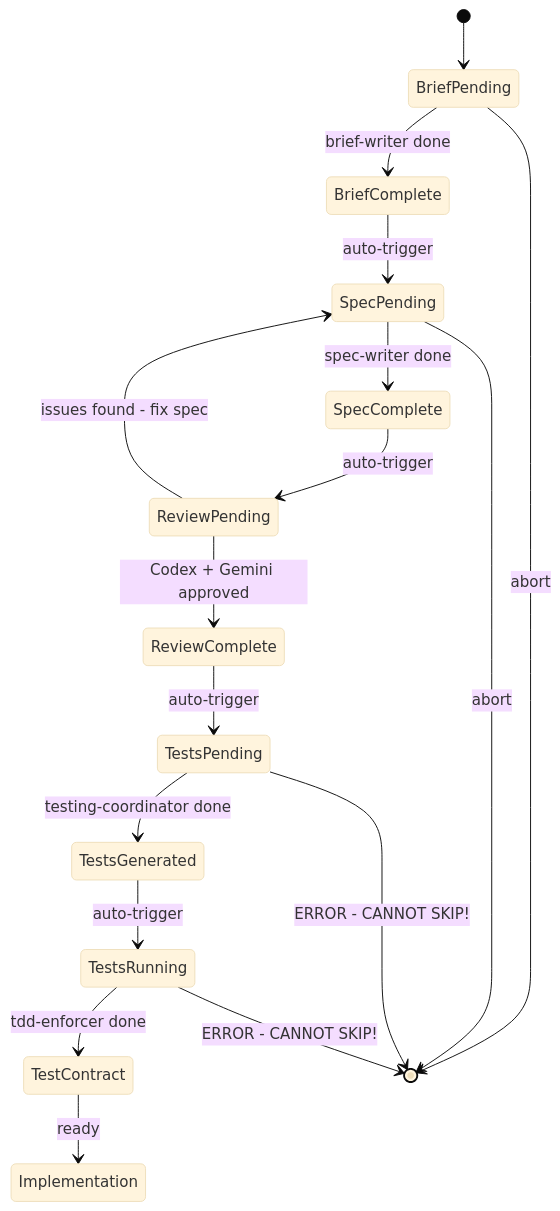
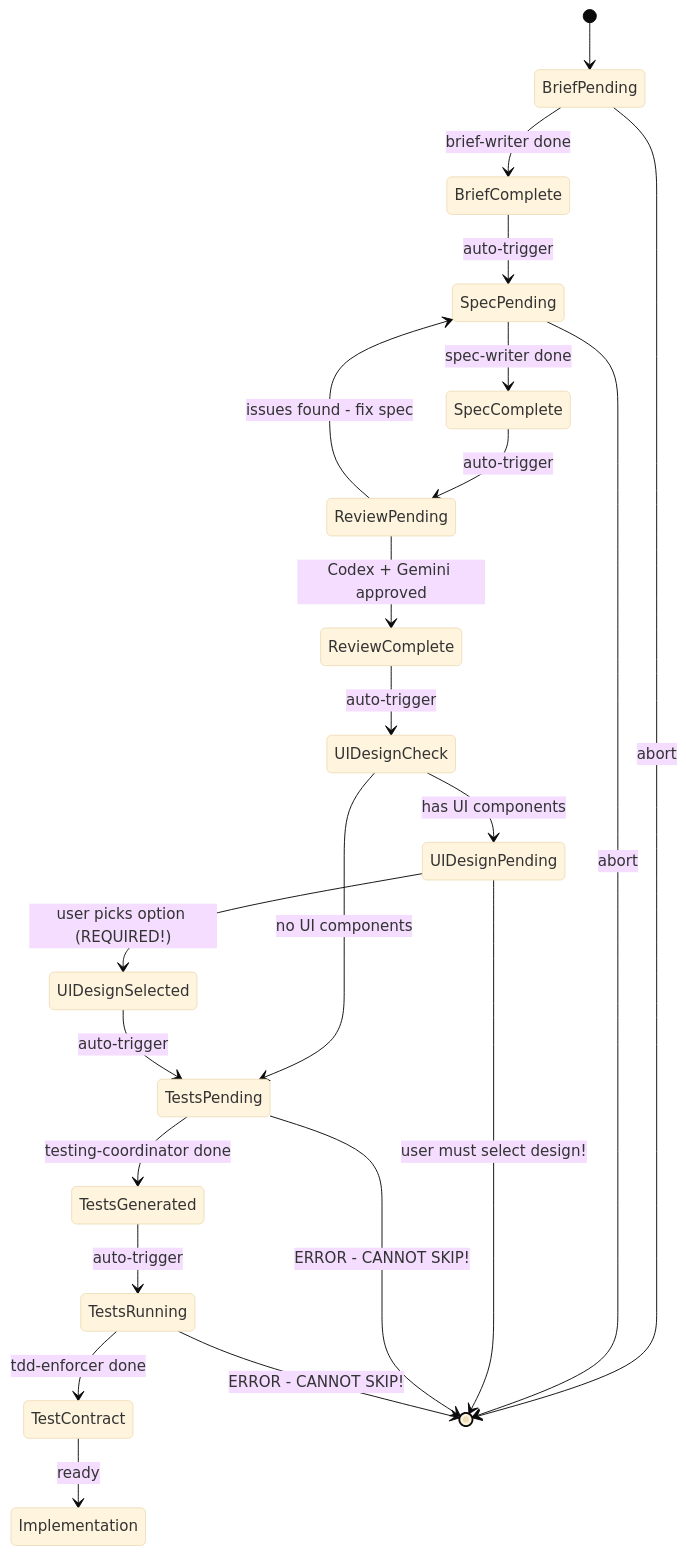
The diagram in .claude/agents/workflow-orchestrator.md (Sean-t3422/dev-framework-template), drawn with Mermaid (base theme) before and after one commit. The commit also changed other lines of this file and 10 other files, not shown here.

````diff
--- a/.claude/agents/workflow-orchestrator.md
+++ b/.claude/agents/workflow-orchestrator.md
@@ -70,20 +87,25 @@
 ```mermaid
 stateDiagram-v2
     [*] --> BriefPending
     BriefPending --> BriefComplete: brief-writer done
     BriefComplete --> SpecPending: auto-trigger
     SpecPending --> SpecComplete: spec-writer done
     SpecComplete --> ReviewPending: auto-trigger
     ReviewPending --> ReviewComplete: Codex + Gemini approved
-    ReviewComplete --> TestsPending: auto-trigger
+    ReviewComplete --> UIDesignCheck: auto-trigger
+    UIDesignCheck --> UIDesignPending: has UI components
+    UIDesignCheck --> TestsPending: no UI components
+    UIDesignPending --> UIDesignSelected: user picks option (REQUIRED!)
+    UIDesignSelected --> TestsPending: auto-trigger
     TestsPending --> TestsGenerated: testing-coordinator done
     TestsGenerated --> TestsRunning: auto-trigger
     TestsRunning --> TestContract: tdd-enforcer done
     TestContract --> Implementation: ready
 
     BriefPending --> [*]: abort
     SpecPending --> [*]: abort
     ReviewPending --> SpecPending: issues found - fix spec
+    UIDesignPending --> [*]: user must select design!
     TestsPending --> [*]: ERROR - CANNOT SKIP!
     TestsRunning --> [*]: ERROR - CANNOT SKIP!
 ```
````
